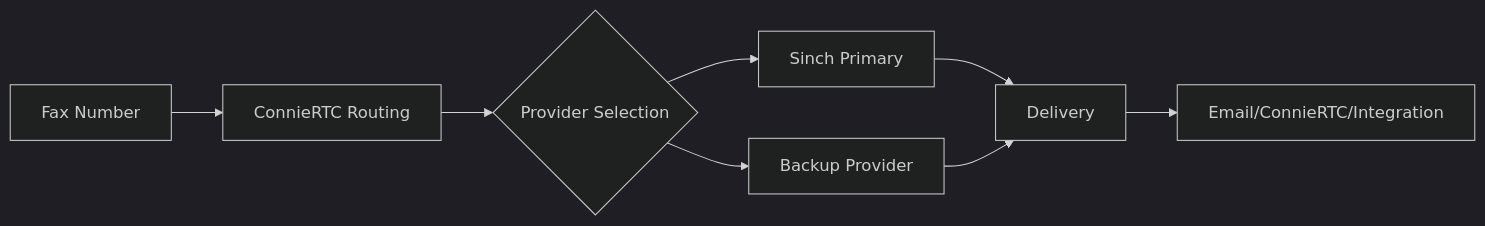
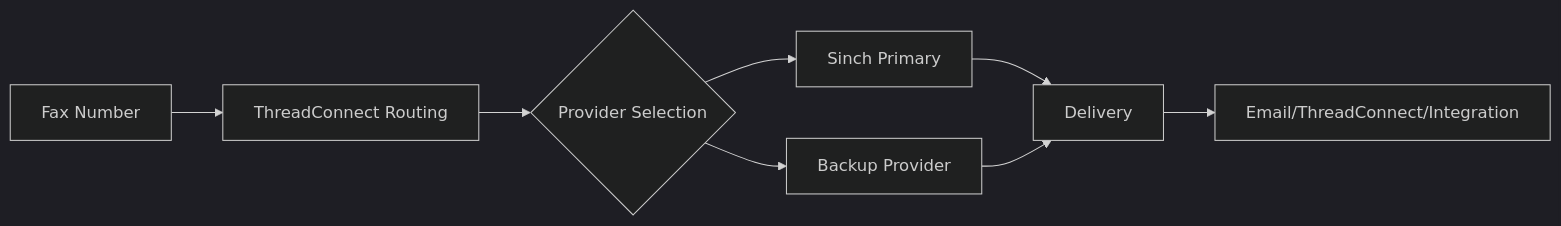
One commit to ConnieML/docs.connie changed the diagram in docs/techops/feature-deployment/feature-management/channels/fax/implementation-guide.md. Above: the diagram before and after it, drawn with Mermaid (dark theme). The commit also changed other lines of this file and 129 other files, not shown here.

First line of the commit message:
Rebrand ConnieRTC -> ThreadConnect across docs (CEO approval 2026-10-30, round 2)

````diff
--- a/docs/techops/feature-deployment/feature-management/channels/fax/implementation-guide.md
+++ b/docs/techops/feature-deployment/feature-management/channels/fax/implementation-guide.md
@@ -166,10 +166,10 @@
 ```mermaid
 graph LR
-    A[Fax Number] --> B[ConnieRTC Routing]
+    A[Fax Number] --> B[ThreadConnect Routing]
     B --> C{Provider Selection}
     C --> D[Sinch Primary]
     C --> E[Backup Provider]
     D --> F[Delivery]
     E --> F
-    F --> G[Email/ConnieRTC/Integration]
+    F --> G[Email/ThreadConnect/Integration]
 ```
````
